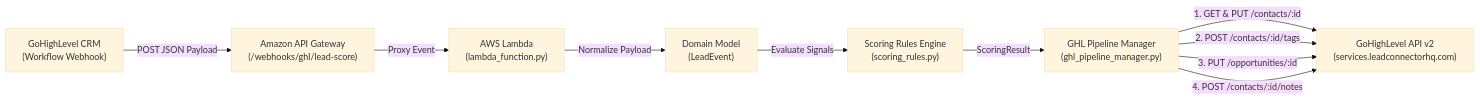
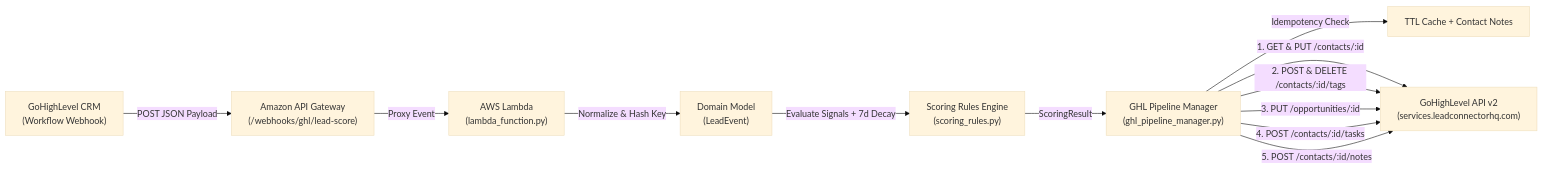
One commit to faseehabdullah57-blip/ghl-lead-scoring-service changed the diagram in README.md. Above: the diagram before and after it, drawn with Mermaid (base theme). The commit also changed other lines of this file and 5 other files, not shown here.

Commit message:
feat: add inactivity time-decay, webhook idempotency, and speed-to-lead task creation

````diff
--- a/README.md
+++ b/README.md
@@ -9,12 +29,14 @@
 ```mermaid
 flowchart LR
     GHL["GoHighLevel CRM\n(Workflow Webhook)"] -->|POST JSON Payload| APIGW["Amazon API Gateway\n(/webhooks/ghl/lead-score)"]
     APIGW -->|Proxy Event| LAMBDA["AWS Lambda\n(lambda_function.py)"]
-    LAMBDA -->|Normalize Payload| MODEL["Domain Model\n(LeadEvent)"]
-    MODEL -->|Evaluate Signals| ENGINE["Scoring Rules Engine\n(scoring_rules.py)"]
+    LAMBDA -->|Normalize & Hash Key| MODEL["Domain Model\n(LeadEvent)"]
+    MODEL -->|Evaluate Signals + 7d Decay| ENGINE["Scoring Rules Engine\n(scoring_rules.py)"]
     ENGINE -->|ScoringResult| PIPELINE["GHL Pipeline Manager\n(ghl_pipeline_manager.py)"]
+    PIPELINE -->|Idempotency Check| CACHE["TTL Cache + Contact Notes"]
     PIPELINE -->|1. GET & PUT /contacts/:id| GHL_API["GoHighLevel API v2\n(services.leadconnectorhq.com)"]
-    PIPELINE -->|2. POST /contacts/:id/tags| GHL_API
+    PIPELINE -->|2. POST & DELETE /contacts/:id/tags| GHL_API
     PIPELINE -->|3. PUT /opportunities/:id| GHL_API
-    PIPELINE -->|4. POST /contacts/:id/notes| GHL_API
+    PIPELINE -->|4. POST /contacts/:id/tasks| GHL_API
+    PIPELINE -->|5. POST /contacts/:id/notes| GHL_API
 ```
````
